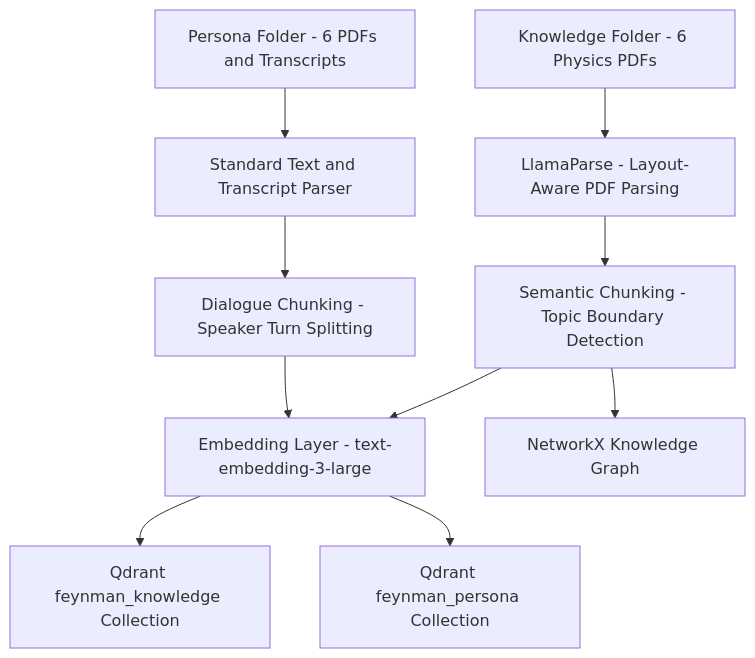
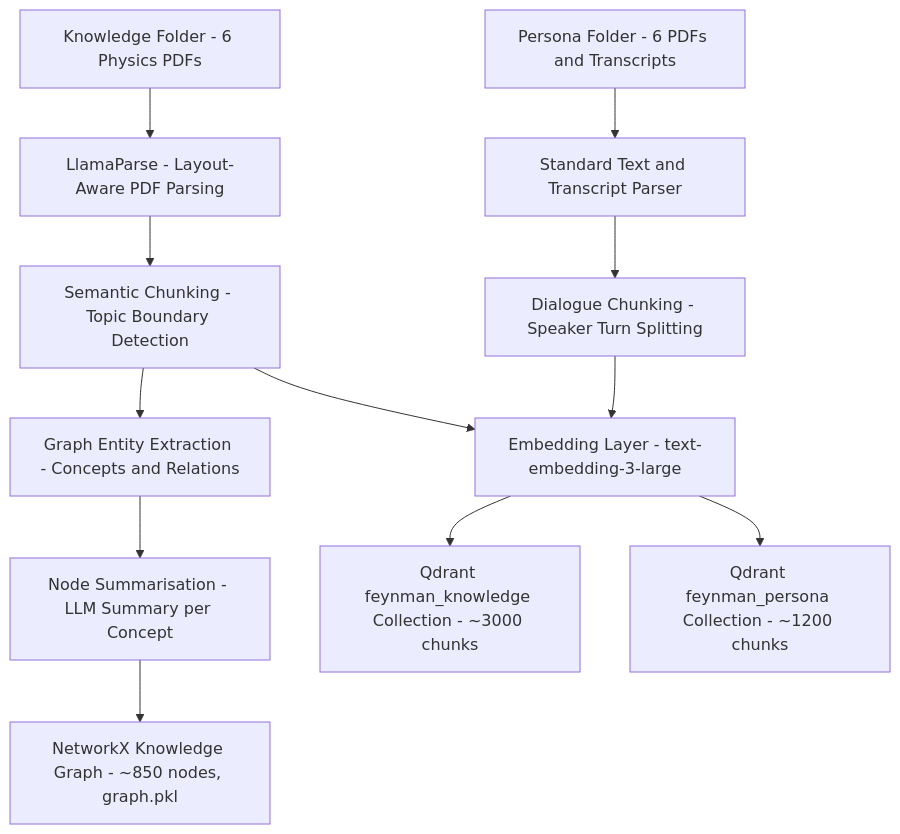
The second of 2 diagrams in README.md (RajatRawal-06/Digital_Twin_Rag), drawn with Mermaid before and after one commit. The commit also changed other lines of this file, not shown here.

Commit message:
Update README with expanded documentation: demo, sample conversations, detailed architecture, K-Means profiling, data ingestion pipeline, and known limitations

````diff
--- a/README.md
+++ b/README.md
@@ -118,15 +165,18 @@
 ```mermaid
 flowchart TB
     K["Knowledge Folder - 6 Physics PDFs"] --> KP["LlamaParse - Layout-Aware PDF Parsing"]
     P["Persona Folder - 6 PDFs and Transcripts"] --> PP["Standard Text and Transcript Parser"]
 
     KP --> KC["Semantic Chunking - Topic Boundary Detection"]
     PP --> PC["Dialogue Chunking - Speaker Turn Splitting"]
 
     KC --> EMB["Embedding Layer - text-embedding-3-large"]
     PC --> EMB
 
-    EMB --> QK["Qdrant feynman_knowledge Collection"]
-    EMB --> QP["Qdrant feynman_persona Collection"]
-    KC --> KG["NetworkX Knowledge Graph"]
+    KC --> KG["Graph Entity Extraction - Concepts and Relations"]
+    KG --> NGS["Node Summarisation - LLM Summary per Concept"]
+    NGS --> NKG["NetworkX Knowledge Graph - ~850 nodes, graph.pkl"]
+
+    EMB --> QK["Qdrant feynman_knowledge Collection - ~3000 chunks"]
+    EMB --> QP["Qdrant feynman_persona Collection - ~1200 chunks"]
 ```
````
